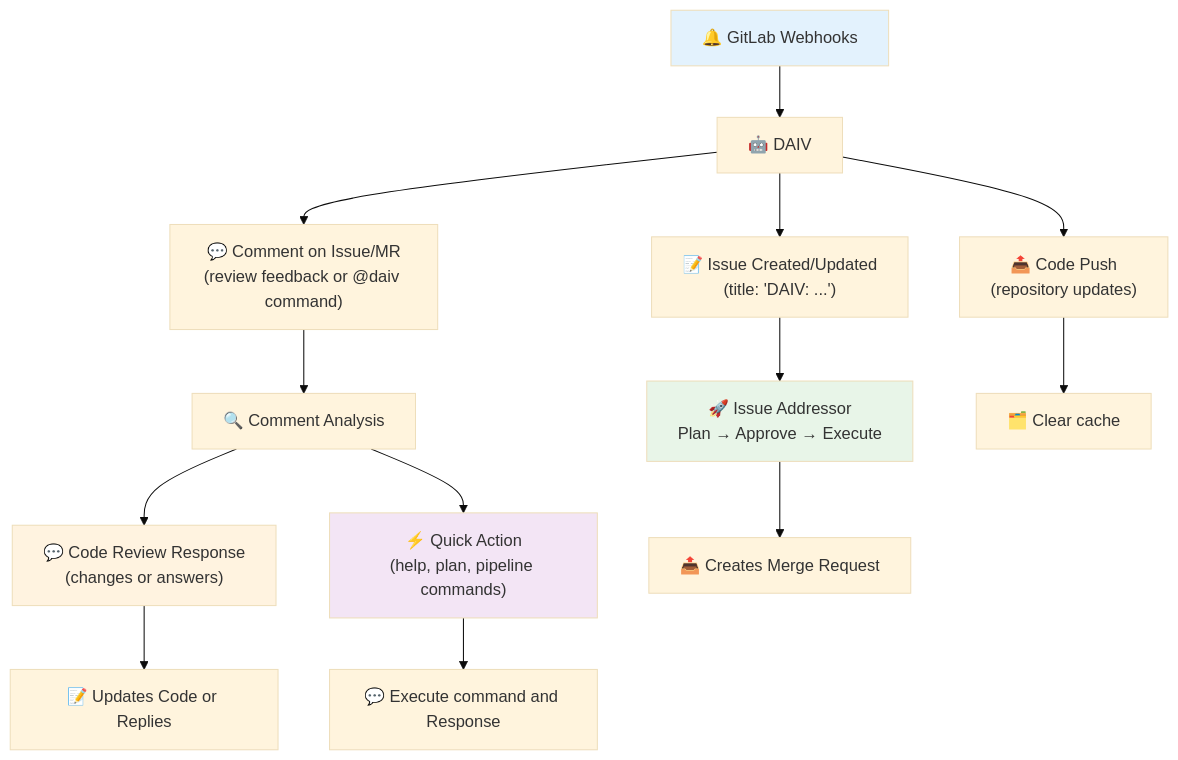
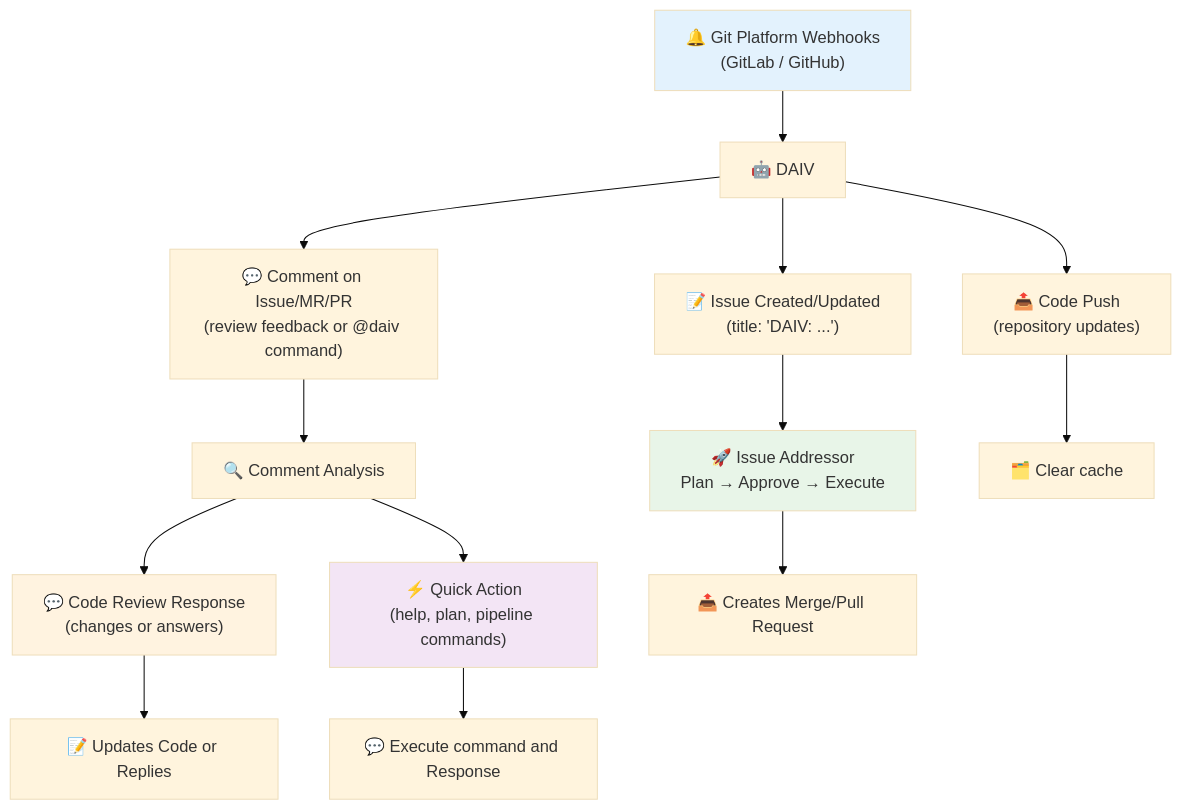
Before and after one commit to srtab/daiv: the diagram in docs/index.md, drawn with Mermaid (base theme). The commit also changed other lines of this file and 8 other files, not shown here.

Commit message:
Updated docs to reflect GitHub support.

````diff
--- a/docs/index.md
+++ b/docs/index.md
@@ -29,24 +29,24 @@
 ```mermaid
 graph TD
-    A["🔔 GitLab Webhooks"] --> B["🤖 DAIV"]
+    A["🔔 Git Platform Webhooks<br/>(GitLab / GitHub)"] --> B["🤖 DAIV"]
 
     B --> C["📝 Issue Created/Updated<br/>(title: 'DAIV: ...')"]
-    B --> D["💬 Comment on Issue/MR<br/>(review feedback or @daiv command)"]
+    B --> D["💬 Comment on Issue/MR/PR<br/>(review feedback or @daiv command)"]
     B --> F["📤 Code Push<br/>(repository updates)"]
 
     C --> G["🚀 Issue Addressor<br/>Plan → Approve → Execute"]
     D --> H["🔍 Comment Analysis"]
     F --> J["🗂️ Clear cache"]
 
     H --> K["💬 Code Review Response<br/>(changes or answers)"]
     H --> L["⚡ Quick Action<br/>(help, plan, pipeline commands)"]
 
-    G --> M["📤 Creates Merge Request"]
+    G --> M["📤 Creates Merge/Pull Request"]
     K --> N["📝 Updates Code or Replies"]
     L --> P["💬 Execute command and Response"]
 
     style A fill:#e3f2fd
     style G fill:#e8f5e8
     style K fill:#fff3e0
     style L fill:#f3e5f5
 ```
````
